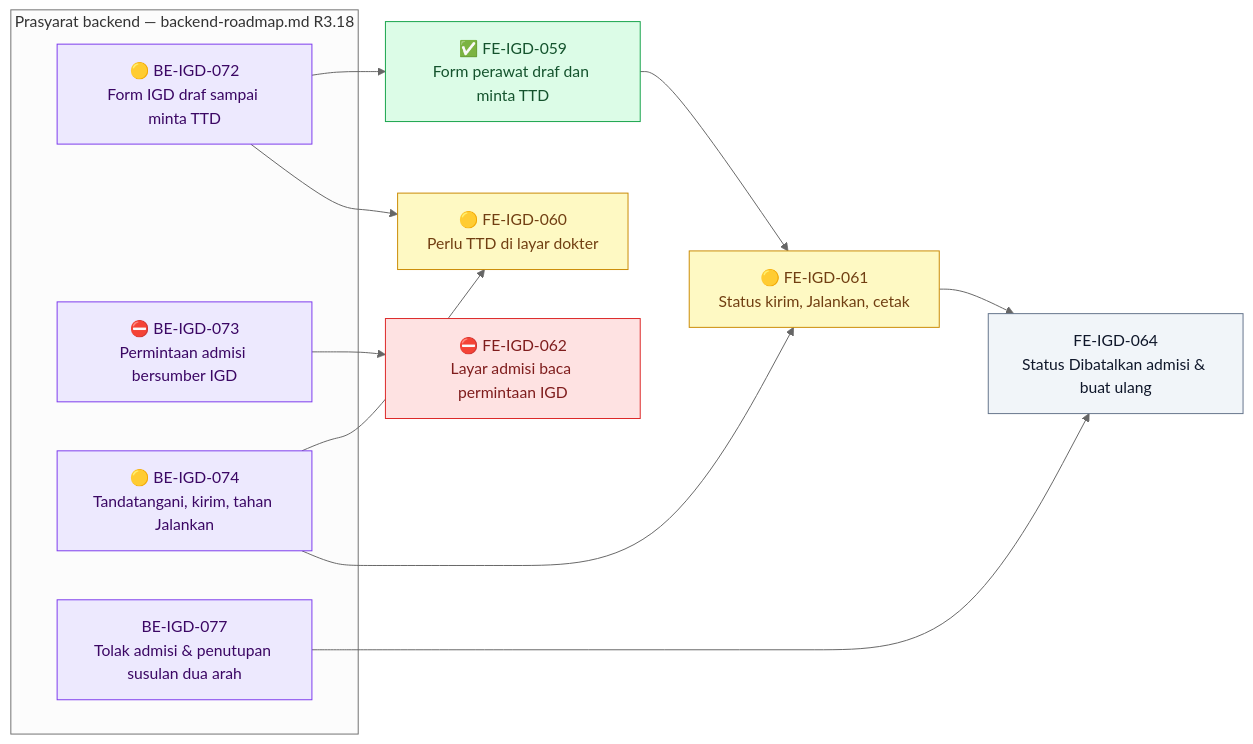
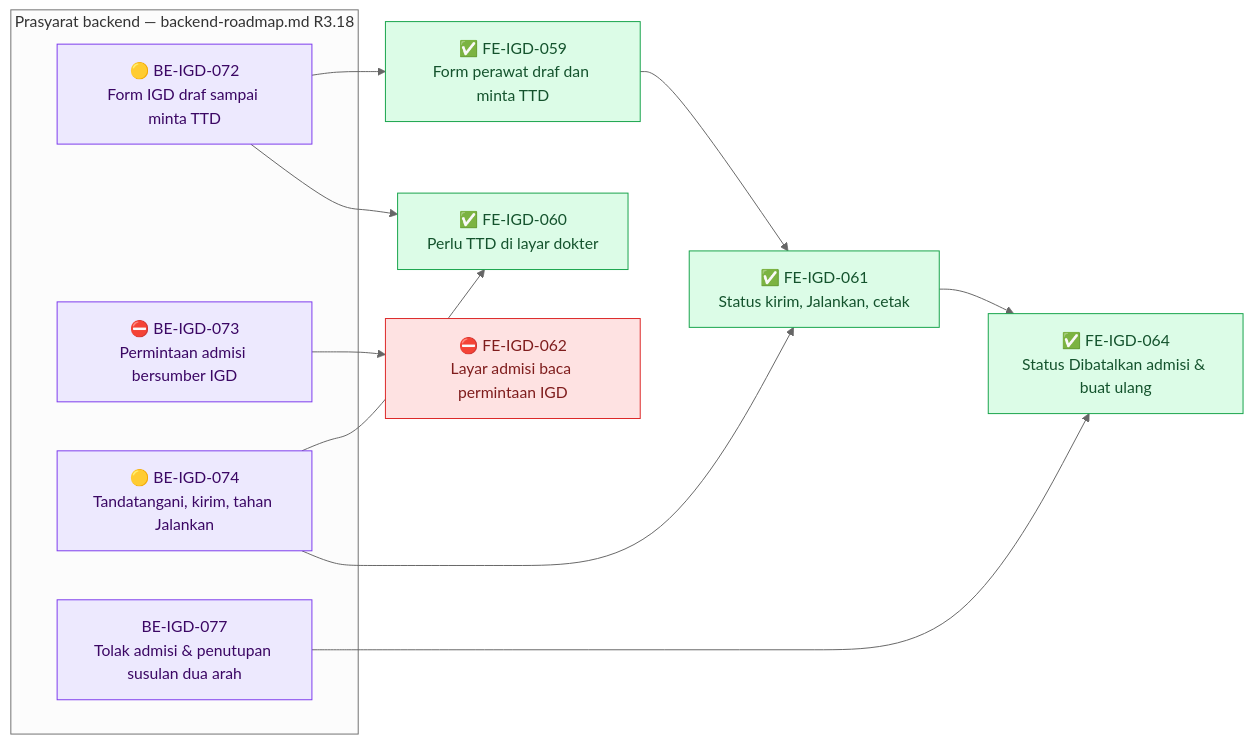
Diagram 19 of 19 in docs/module-blueprints/igd/roadmap/frontend-roadmap.md (DevBenari/NewQuilvianSystemBackend), drawn with Mermaid (neutral theme) before and after one commit. The commit also changed other lines of this file and 32 other files, not shown here.

````diff
--- a/docs/module-blueprints/igd/roadmap/frontend-roadmap.md
+++ b/docs/module-blueprints/igd/roadmap/frontend-roadmap.md
@@ -2732,30 +2733,30 @@
 ```mermaid
 flowchart LR
     classDef selesai fill:#DCFCE7,stroke:#16A34A,color:#14532D
     classDef sebagian fill:#FEF9C3,stroke:#CA8A04,color:#713F12
     classDef terblokir fill:#FEE2E2,stroke:#DC2626,color:#7F1D1D
     classDef belum fill:#F1F5F9,stroke:#64748B,color:#0F172A
     classDef luar fill:#EDE9FE,stroke:#7C3AED,color:#3B0764
 
     subgraph backend1601["Prasyarat backend — backend-roadmap.md R3.18"]
         BEIGD072P["🟡 BE-IGD-072<br/>Form IGD draf sampai minta TTD"]:::luar
         BEIGD073P["⛔ BE-IGD-073<br/>Permintaan admisi bersumber IGD"]:::luar
         BEIGD074P["🟡 BE-IGD-074<br/>Tandatangani, kirim, tahan Jalankan"]:::luar
         BEIGD077P["BE-IGD-077<br/>Tolak admisi & penutupan susulan dua arah"]:::luar
     end
 
     FEIGD059["✅ FE-IGD-059<br/>Form perawat draf dan minta TTD"]:::selesai
-    FEIGD060["🟡 FE-IGD-060<br/>Perlu TTD di layar dokter"]:::sebagian
-    FEIGD061["🟡 FE-IGD-061<br/>Status kirim, Jalankan, cetak"]:::sebagian
+    FEIGD060["✅ FE-IGD-060<br/>Perlu TTD di layar dokter"]:::selesai
+    FEIGD061["✅ FE-IGD-061<br/>Status kirim, Jalankan, cetak"]:::selesai
     FEIGD062["⛔ FE-IGD-062<br/>Layar admisi baca permintaan IGD"]:::terblokir
-    FEIGD064["FE-IGD-064<br/>Status Dibatalkan admisi & buat ulang"]:::belum
+    FEIGD064["✅ FE-IGD-064<br/>Status Dibatalkan admisi & buat ulang"]:::selesai
 
     BEIGD072P --> FEIGD059
     BEIGD072P --> FEIGD060
     BEIGD074P --> FEIGD060
     BEIGD074P --> FEIGD061
     FEIGD059 --> FEIGD061
     BEIGD073P --> FEIGD062
     BEIGD077P --> FEIGD064
     FEIGD061 --> FEIGD064
 ```
````
